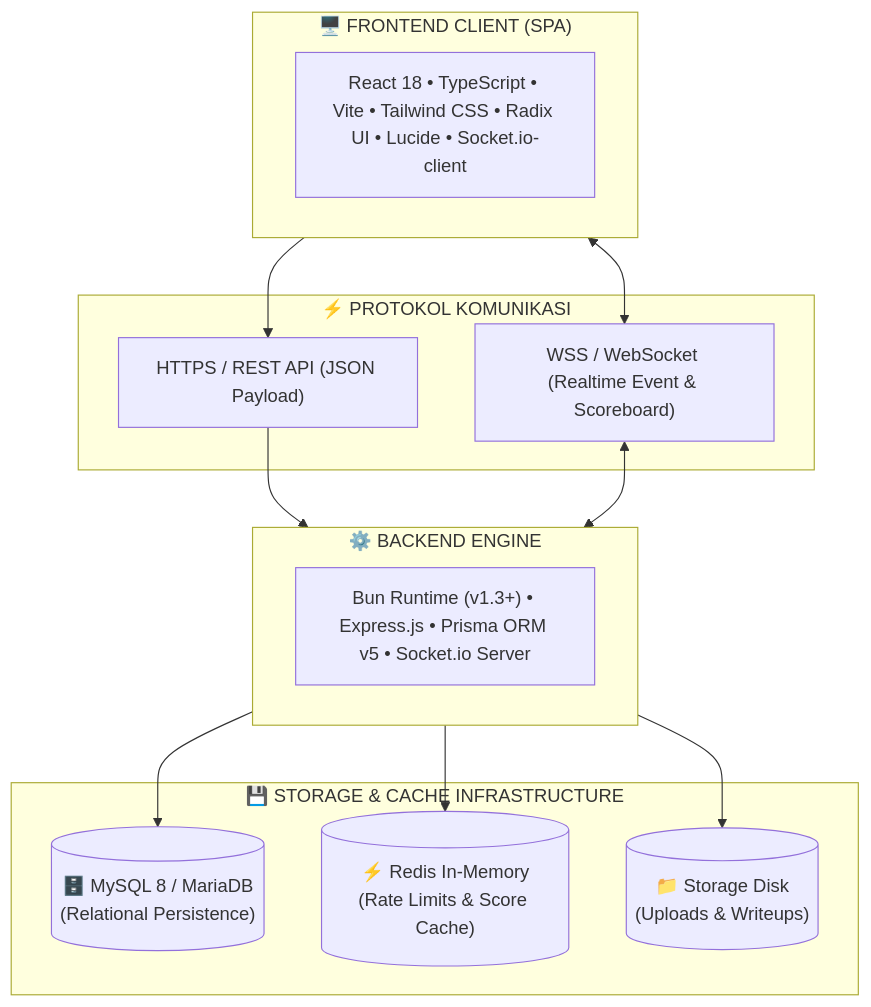
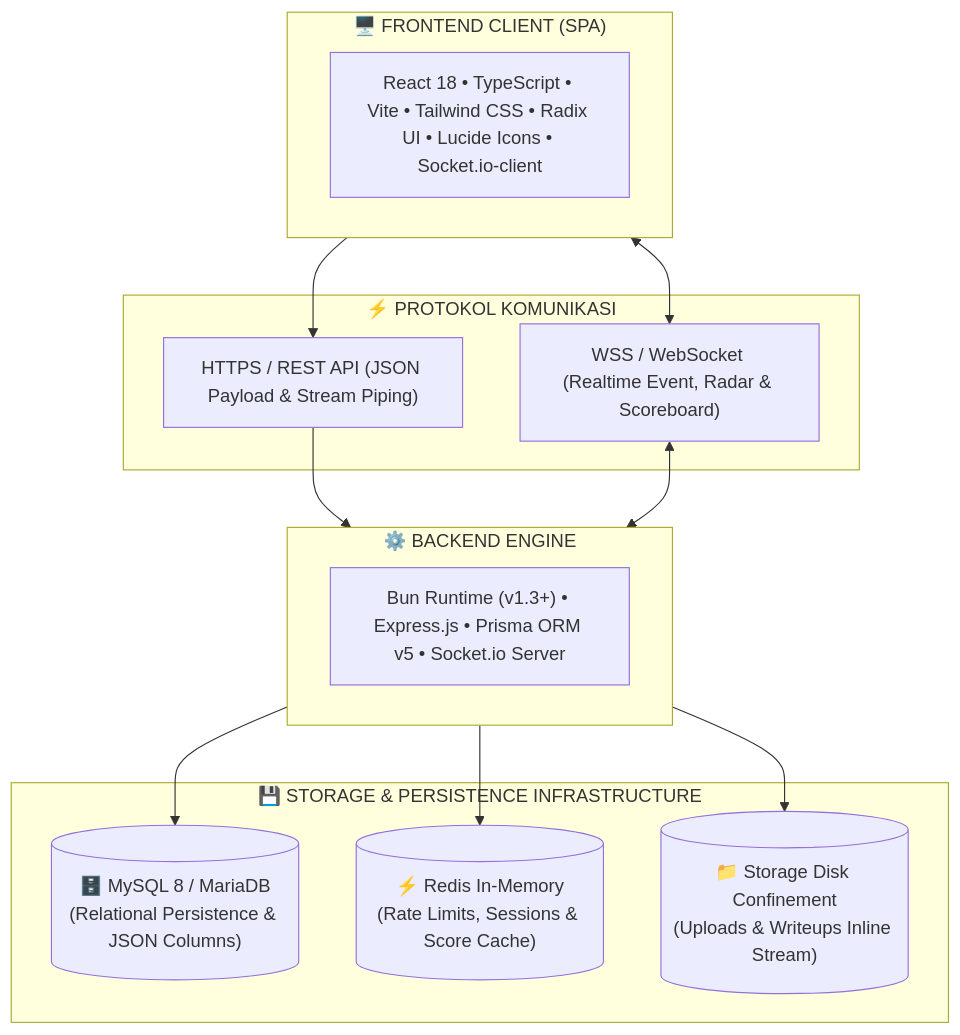
The first of 7 diagrams in README.md (irizkyw/riseranger2-incident-response), drawn with Mermaid before and after one commit. The commit also changed other lines of this file, not shown here.

````diff
--- a/README.md
+++ b/README.md
@@ -29,27 +39,27 @@
 ```mermaid
 flowchart TD
     subgraph CLIENT_LAYER["🖥️ FRONTEND CLIENT (SPA)"]
-        UI["React 18 • TypeScript • Vite • Tailwind CSS • Radix UI • Lucide • Socket.io-client"]
+        UI["React 18 • TypeScript • Vite • Tailwind CSS • Radix UI • Lucide Icons • Socket.io-client"]
     end
 
     subgraph PROTOCOL_LAYER["⚡ PROTOKOL KOMUNIKASI"]
-        HTTP["HTTPS / REST API (JSON Payload)"]
-        WS["WSS / WebSocket (Realtime Event & Scoreboard)"]
+        HTTP["HTTPS / REST API (JSON Payload & Stream Piping)"]
+        WS["WSS / WebSocket (Realtime Event, Radar & Scoreboard)"]
     end
 
     subgraph BACKEND_LAYER["⚙️ BACKEND ENGINE"]
         SRV["Bun Runtime (v1.3+) • Express.js • Prisma ORM v5 • Socket.io Server"]
     end
 
-    subgraph STORAGE_LAYER["💾 STORAGE & CACHE INFRASTRUCTURE"]
-        DB[("🗄️ MySQL 8 / MariaDB<br/>(Relational Persistence)")]
-        REDIS[("⚡ Redis In-Memory<br/>(Rate Limits & Score Cache)")]
-        FS[("📁 Storage Disk<br/>(Uploads & Writeups)")]
+    subgraph STORAGE_LAYER["💾 STORAGE & PERSISTENCE INFRASTRUCTURE"]
+        DB[("🗄️ MySQL 8 / MariaDB<br/>(Relational Persistence & JSON Columns)")]
+        REDIS[("⚡ Redis In-Memory<br/>(Rate Limits, Sessions & Score Cache)")]
+        FS[("📁 Storage Disk Confinement<br/>(Uploads & Writeups Inline Stream)")]
     end
 
     CLIENT_LAYER --> HTTP --> BACKEND_LAYER
     CLIENT_LAYER <--> WS <--> BACKEND_LAYER
     BACKEND_LAYER --> DB
     BACKEND_LAYER --> REDIS
     BACKEND_LAYER --> FS
 ```
````
